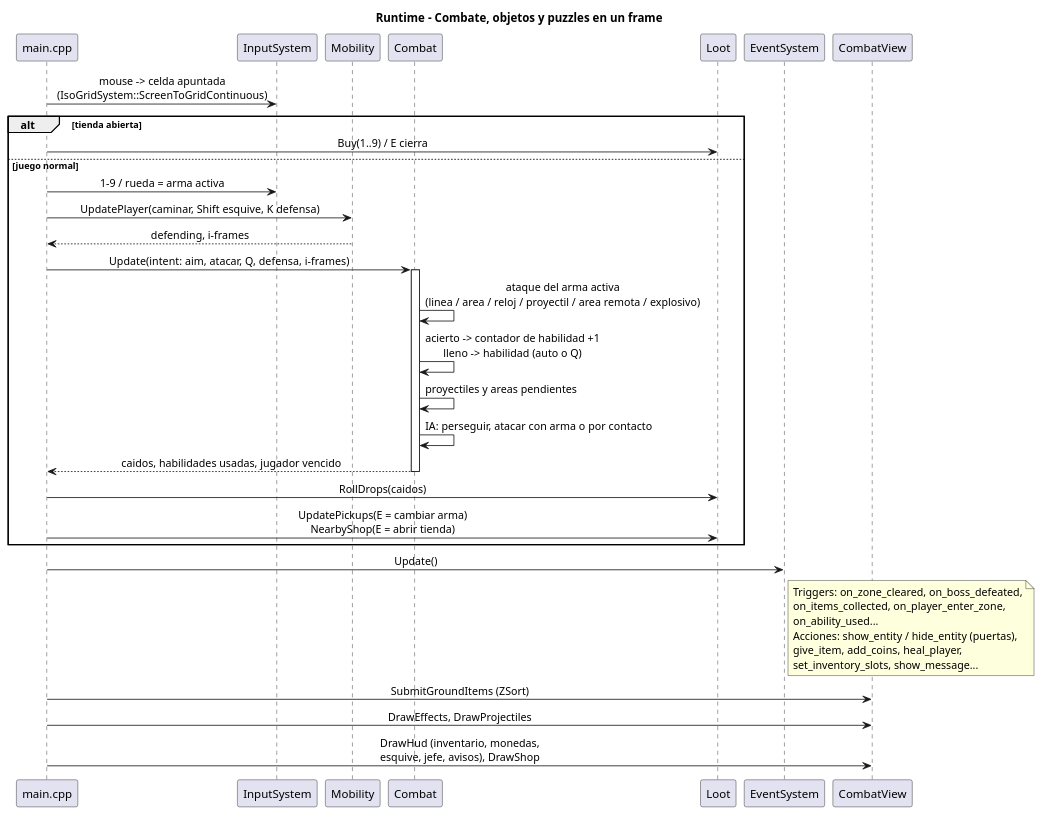
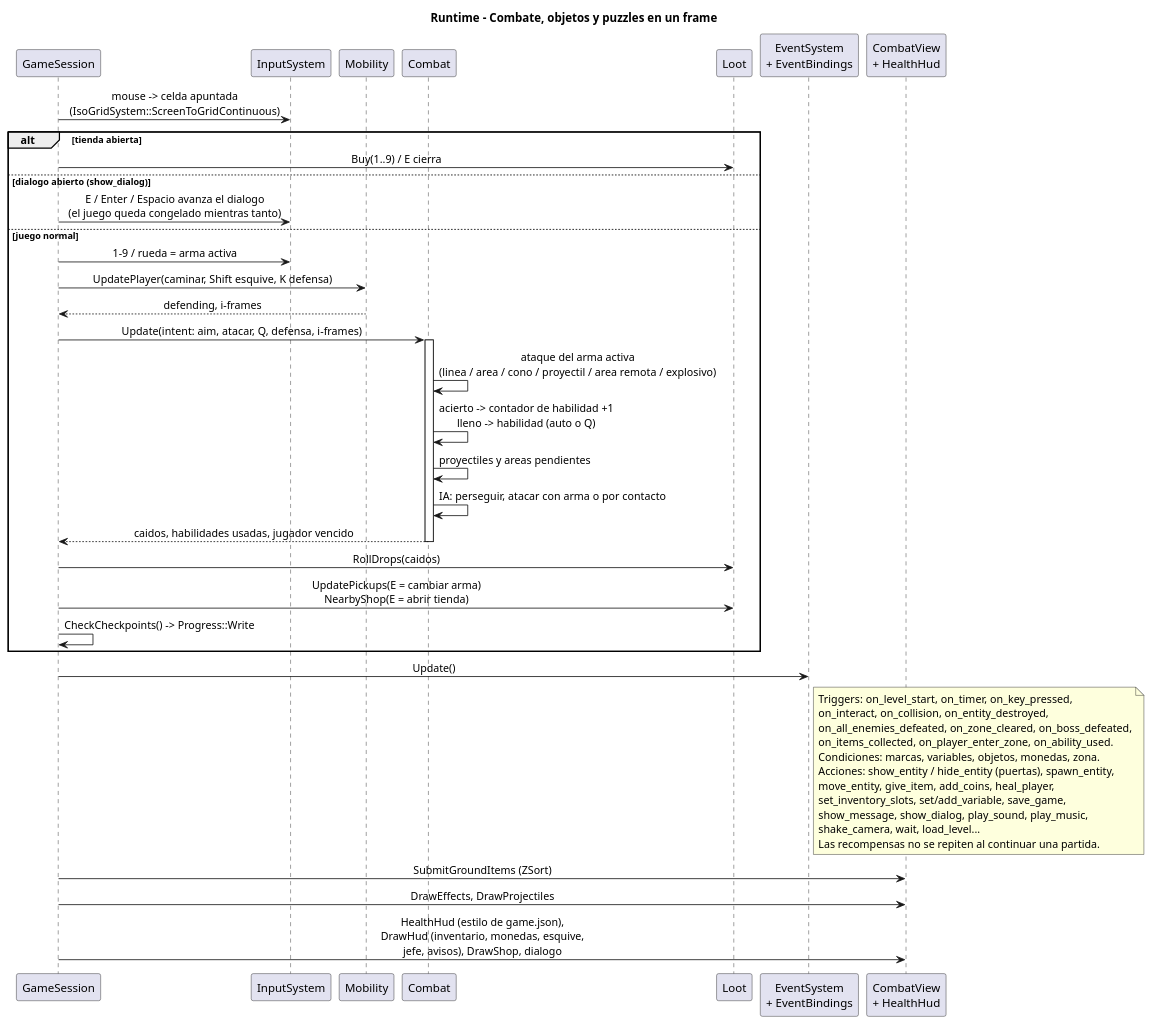
Before and after one commit to dannn-36/HoneyCombEngine-PlataformaNoCode-2.5D: the diagram in docs/architecture/runtime-combat-frame.puml, drawn with PlantUML. The commit also changed 11 other files, not shown here.

First line of the commit message:
HoneyComb - Actualizar diagramas de arquitectura

```diff
--- a/docs/architecture/runtime-combat-frame.puml
+++ b/docs/architecture/runtime-combat-frame.puml
@@ -1,46 +1,54 @@
 @startuml runtime-combat-frame
 title Runtime - Combate, objetos y puzzles en un frame
 skinparam sequenceMessageAlign center
 
-participant "main.cpp" as main
+participant "GameSession" as main
 participant "InputSystem" as input
 participant "Mobility" as mobility
 participant "Combat" as combat
 participant "Loot" as loot
-participant "EventSystem" as events
-participant "CombatView" as view
+participant "EventSystem\n+ EventBindings" as events
+participant "CombatView\n+ HealthHud" as view
 
 main -> input : mouse -> celda apuntada\n(IsoGridSystem::ScreenToGridContinuous)
 
 alt tienda abierta
   main -> loot : Buy(1..9) / E cierra
+else dialogo abierto (show_dialog)
+  main -> input : E / Enter / Espacio avanza el dialogo\n(el juego queda congelado mientras tanto)
 else juego normal
   main -> input : 1-9 / rueda = arma activa
   main -> mobility : UpdatePlayer(caminar, Shift esquive, K defensa)
   mobility --> main : defending, i-frames
   main -> combat : Update(intent: aim, atacar, Q, defensa, i-frames)
   activate combat
-  combat -> combat : ataque del arma activa\n(linea / area / reloj / proyectil / area remota / explosivo)
+  combat -> combat : ataque del arma activa\n(linea / area / cono / proyectil / area remota / explosivo)
   combat -> combat : acierto -> contador de habilidad +1\nlleno -> habilidad (auto o Q)
   combat -> combat : proyectiles y areas pendientes
   combat -> combat : IA: perseguir, atacar con arma o por contacto
   combat --> main : caidos, habilidades usadas, jugador vencido
   deactivate combat
   main -> loot : RollDrops(caidos)
   main -> loot : UpdatePickups(E = cambiar arma)\nNearbyShop(E = abrir tienda)
+  main -> main : CheckCheckpoints() -> Progress::Write
 end
 
 main -> events : Update()
 note right of events
-Triggers: on_zone_cleared, on_boss_defeated,
-on_items_collected, on_player_enter_zone,
-on_ability_used...
-Acciones: show_entity / hide_entity (puertas),
-give_item, add_coins, heal_player,
-set_inventory_slots, show_message...
+Triggers: on_level_start, on_timer, on_key_pressed,
+on_interact, on_collision, on_entity_destroyed,
+on_all_enemies_defeated, on_zone_cleared, on_boss_defeated,
+on_items_collected, on_player_enter_zone, on_ability_used.
+Condiciones: marcas, variables, objetos, monedas, zona.
+Acciones: show_entity / hide_entity (puertas), spawn_entity,
+move_entity, give_item, add_coins, heal_player,
+set_inventory_slots, set/add_variable, save_game,
+show_message, show_dialog, play_sound, play_music,
+shake_camera, wait, load_level...
+Las recompensas no se repiten al continuar una partida.
 end note
 
 main -> view : SubmitGroundItems (ZSort)
 main -> view : DrawEffects, DrawProjectiles
-main -> view : DrawHud (inventario, monedas,\nesquive, jefe, avisos), DrawShop
+main -> view : HealthHud (estilo de game.json),\nDrawHud (inventario, monedas, esquive,\njefe, avisos), DrawShop, dialogo
 @enduml
```
